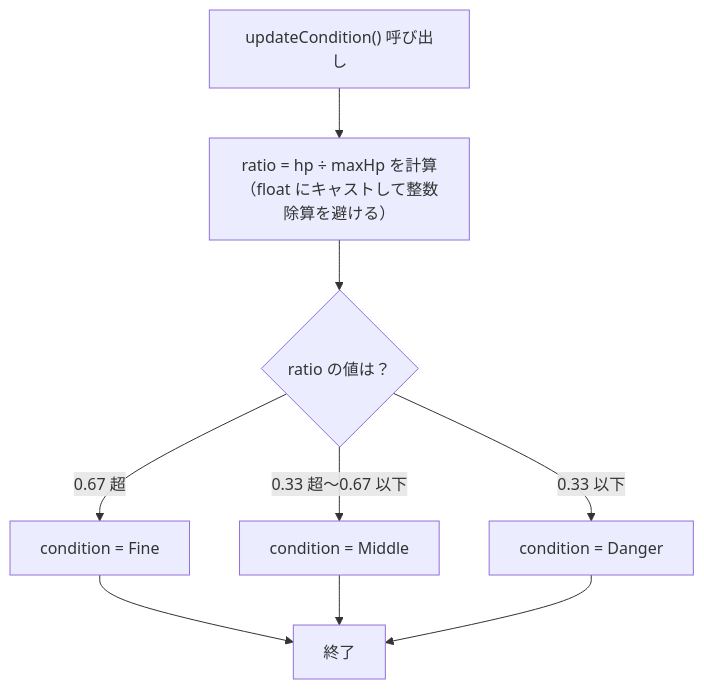
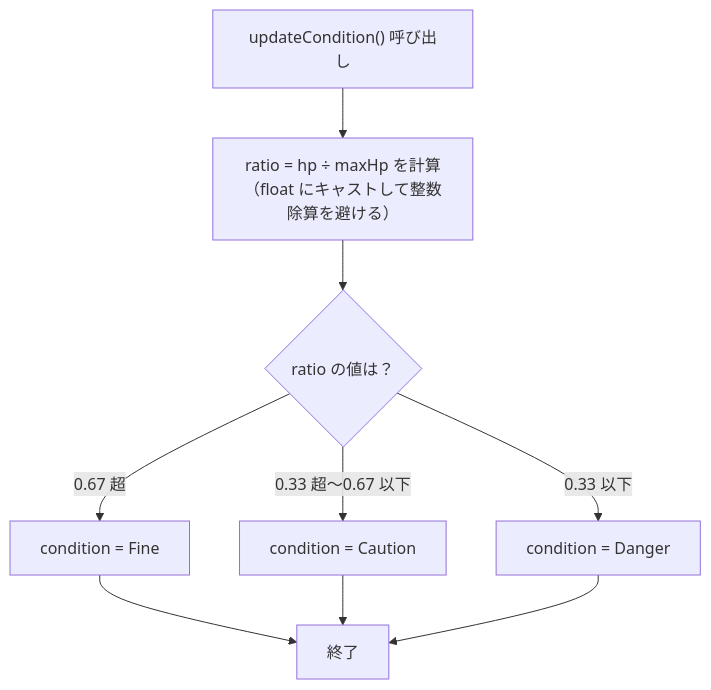
One commit to fuddt/Cplus changed the seventh of 9 diagrams in chapter-01-player.md. Above: the diagram before and after it, drawn with Mermaid. The commit also changed other lines of this file, not shown here.

````diff
--- a/chapter-01-player.md
+++ b/chapter-01-player.md
@@ -219,15 +219,15 @@
 ```mermaid
 flowchart TD
     A["updateCondition() 呼び出し"]
     B["ratio = hp ÷ maxHp を計算\n（float にキャストして整数除算を避ける）"]
     C{ratio の値は？}
     D["condition = Fine"]
-    E["condition = Middle"]
+    E["condition = Caution"]
     F["condition = Danger"]
     G["終了"]
 
     A --> B --> C
     C -- "0.67 超" --> D --> G
     C -- "0.33 超〜0.67 以下" --> E --> G
     C -- "0.33 以下" --> F --> G
 ```
````
